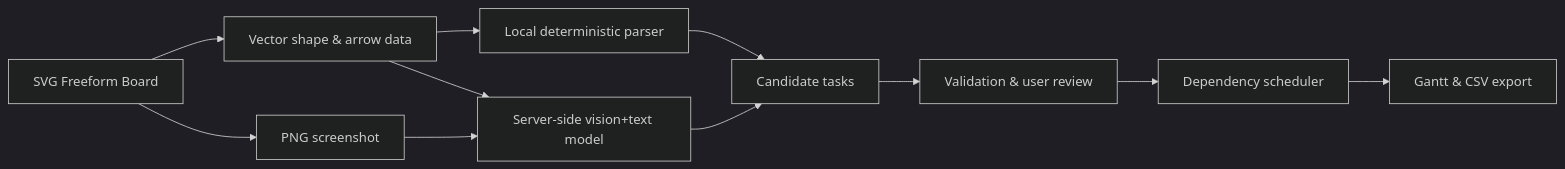
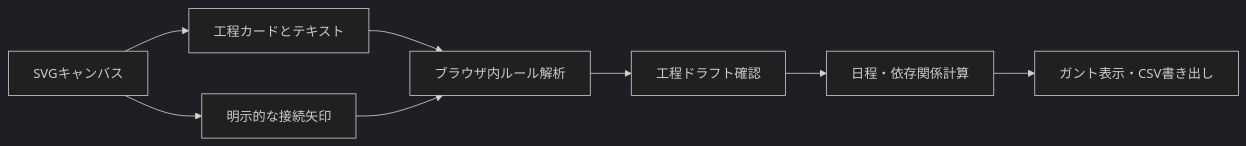
One commit to mhinata2010-wq/freedom-building changed the diagram in docs/architecture.md. Above: the diagram before and after it, drawn with Mermaid (dark theme). The commit also changed other lines of this file, not shown here.

Commit message:
docs: replace AI architecture with local-only scheduling flow

````diff
--- a/docs/architecture.md
+++ b/docs/architecture.md
@@ -7,13 +5,10 @@
 ```mermaid
 flowchart LR
-  A[SVG Freeform Board] --> B[Vector shape & arrow data]
-  A --> C[PNG screenshot]
-  B --> D[Local deterministic parser]
-  B --> E[Server-side vision+text model]
-  C --> E
-  D --> F[Candidate tasks]
-  E --> F
-  F --> G[Validation & user review]
-  G --> H[Dependency scheduler]
-  H --> I[Gantt & CSV export]
+  A[SVGキャンバス] --> B[工程カードとテキスト]
+  A --> C[明示的な接続矢印]
+  B --> D[ブラウザ内ルール解析]
+  C --> D
+  D --> E[工程ドラフト確認]
+  E --> F[日程・依存関係計算]
+  F --> G[ガント表示・CSV書き出し]
 ```
````
